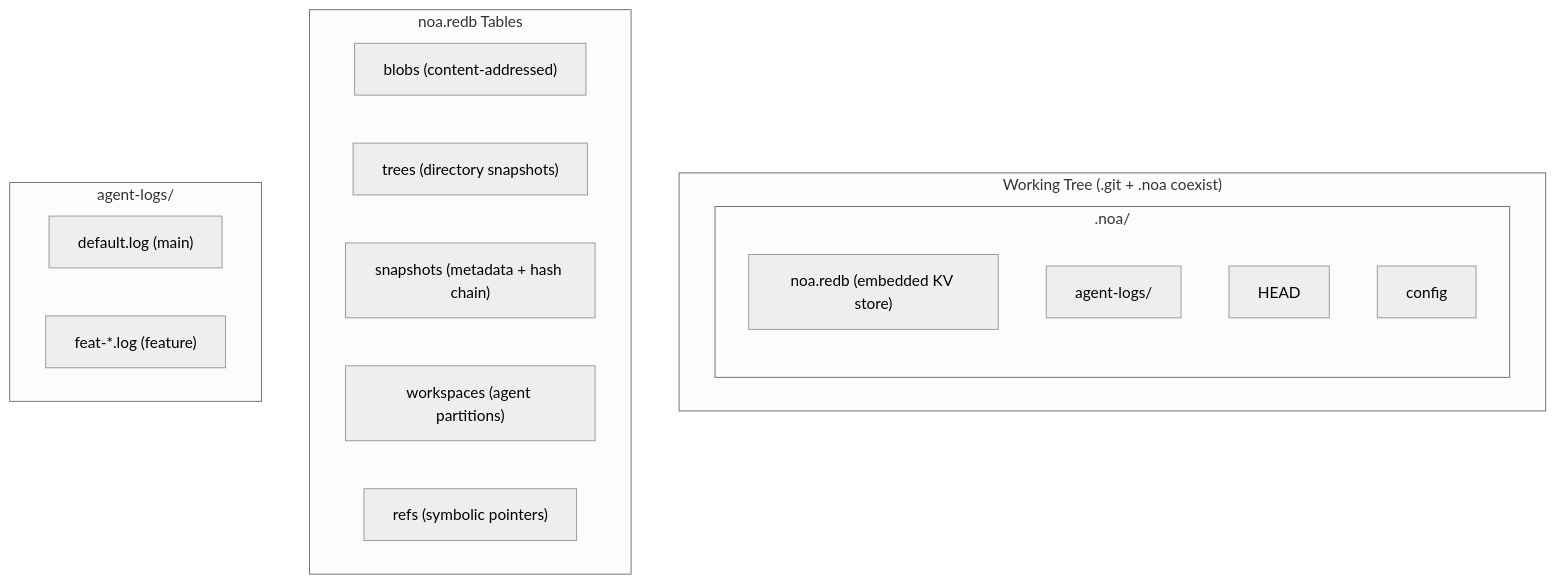
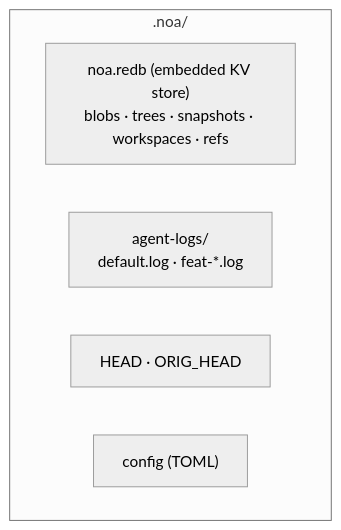
One commit to celestia-island/noa changed the diagram in README.md. Above: the diagram before and after it, drawn with Mermaid (neutral theme). The commit also changed other lines of this file, not shown here.

````diff
--- a/README.md
+++ b/README.md
@@ -64,24 +62,9 @@
 ```mermaid
 graph TD
-    subgraph WT["Working Tree (.git + .noa coexist)"]
-        subgraph NOA[".noa/"]
-            DB["noa.redb (embedded KV store)"]
-            LOGS["agent-logs/"]
-            HEAD["HEAD"]
-            CFG["config"]
-        end
-    end
-
-    subgraph DB_["noa.redb Tables"]
-        BLOBS["blobs (content-addressed)"]
-        TREES["trees (directory snapshots)"]
-        SNAPS["snapshots (metadata + hash chain)"]
-        WS["workspaces (agent partitions)"]
-        REFS["refs (symbolic pointers)"]
-    end
-
-    subgraph LOGS_["agent-logs/"]
-        DL["default.log (main)"]
-        F1["feat-*.log (feature)"]
+    subgraph NOA[".noa/"]
+        DB["noa.redb (embedded KV store)<br/>blobs · trees · snapshots · workspaces · refs"]
+        LOGS["agent-logs/<br/>default.log · feat-*.log"]
+        HEAD["HEAD · ORIG_HEAD"]
+        CFG["config (TOML)"]
     end
 ```
````
